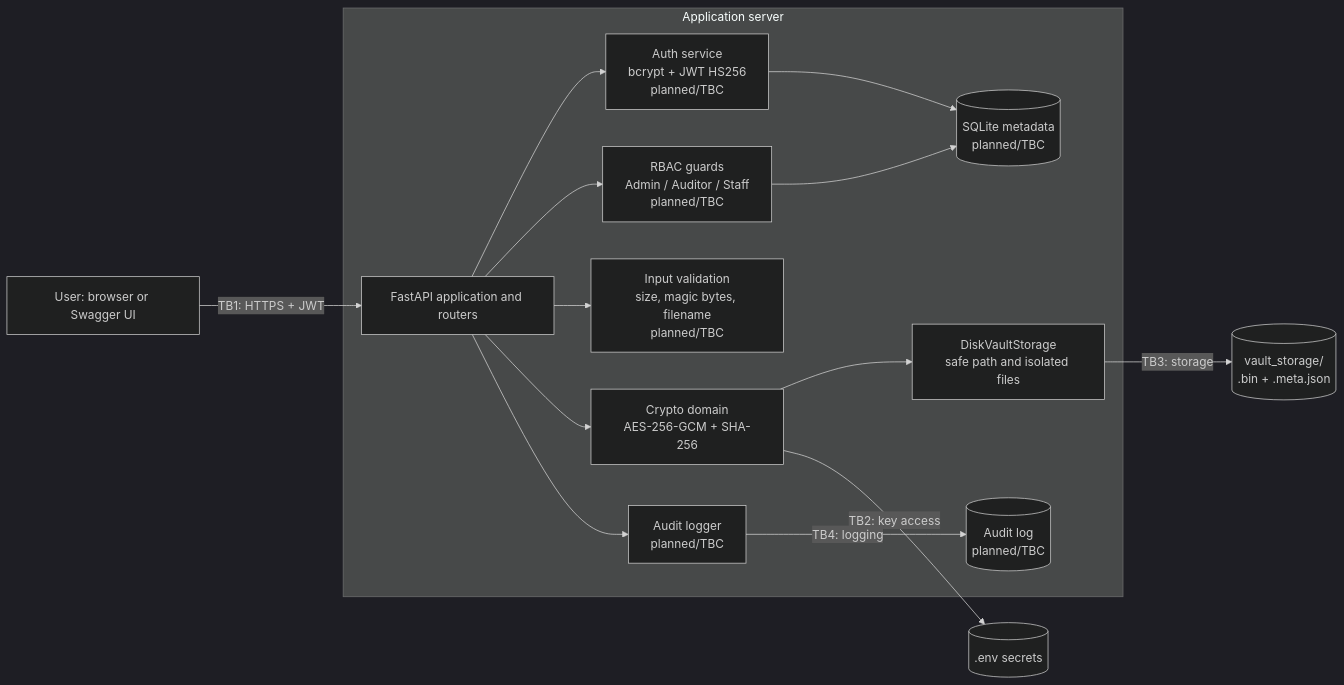
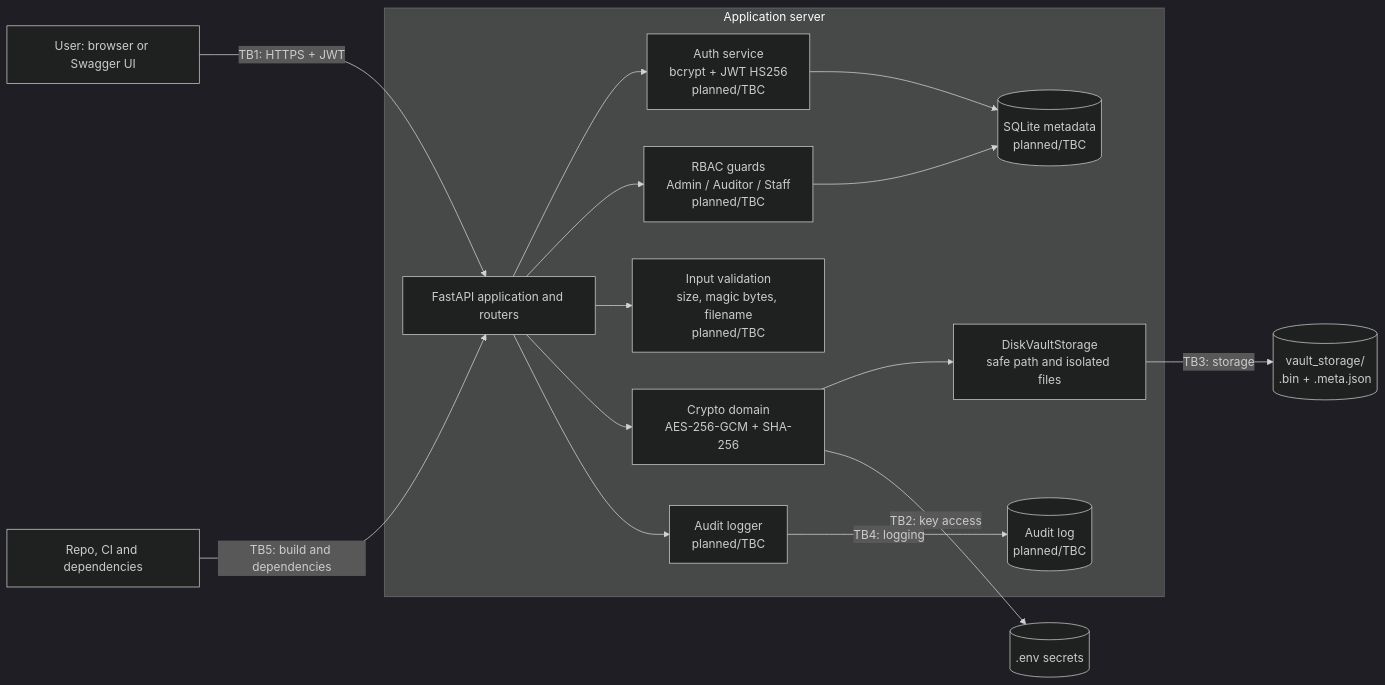
Before and after one commit to vitokwon/secure-financial-vault: the first of 3 diagrams in docs/ARCHITECTURE.md, drawn with Mermaid (dark theme). The commit also changed other lines of this file, not shown here.

Commit message:
docs: synchronize architecture with threat model v0.6

````diff
--- a/docs/ARCHITECTURE.md
+++ b/docs/ARCHITECTURE.md
@@ -39,29 +40,30 @@
 ```mermaid
 flowchart LR
     U[User: browser or Swagger UI] -- "TB1: HTTPS + JWT" --> API
 
     subgraph Server [Application server]
         API[FastAPI application and routers]
         AUTH[Auth service<br/>bcrypt + JWT HS256<br/>planned/TBC]
         RBAC[RBAC guards<br/>Admin / Auditor / Staff<br/>planned/TBC]
         VAL[Input validation<br/>size, magic bytes, filename<br/>planned/TBC]
         CRYPTO[Crypto domain<br/>AES-256-GCM + SHA-256]
         STORE[DiskVaultStorage<br/>safe path and isolated files]
         AUDIT[Audit logger<br/>planned/TBC]
         DB[(SQLite metadata<br/>planned/TBC)]
         LOG[(Audit log<br/>planned/TBC)]
 
         API --> AUTH
         API --> RBAC
         API --> VAL
         API --> CRYPTO
         CRYPTO --> STORE
         API --> AUDIT
         AUTH --> DB
         RBAC --> DB
     end
 
     CRYPTO -- "TB2: key access" --> KEYS[(.env secrets)]
     STORE -- "TB3: storage" --> VAULT[(vault_storage/<br/>.bin + .meta.json)]
     AUDIT -- "TB4: logging" --> LOG
+    CI[Repo, CI and dependencies] -- "TB5: build and dependencies" --> API
 ```
````
